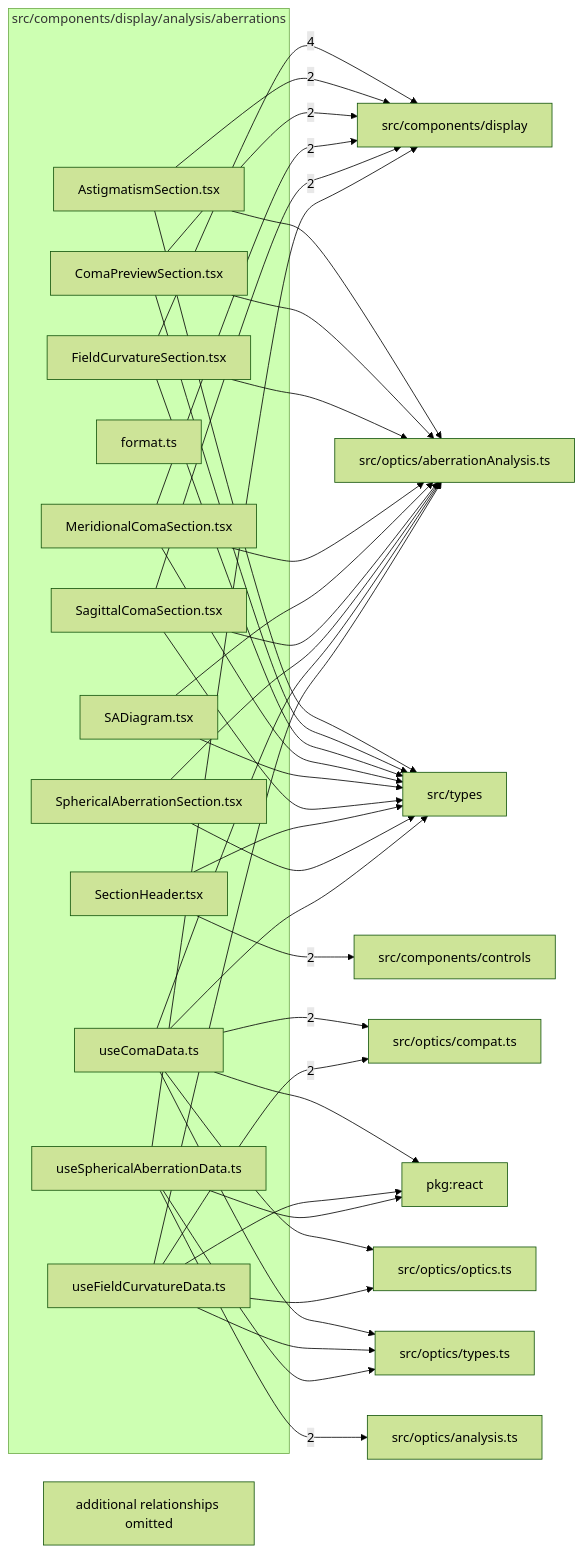
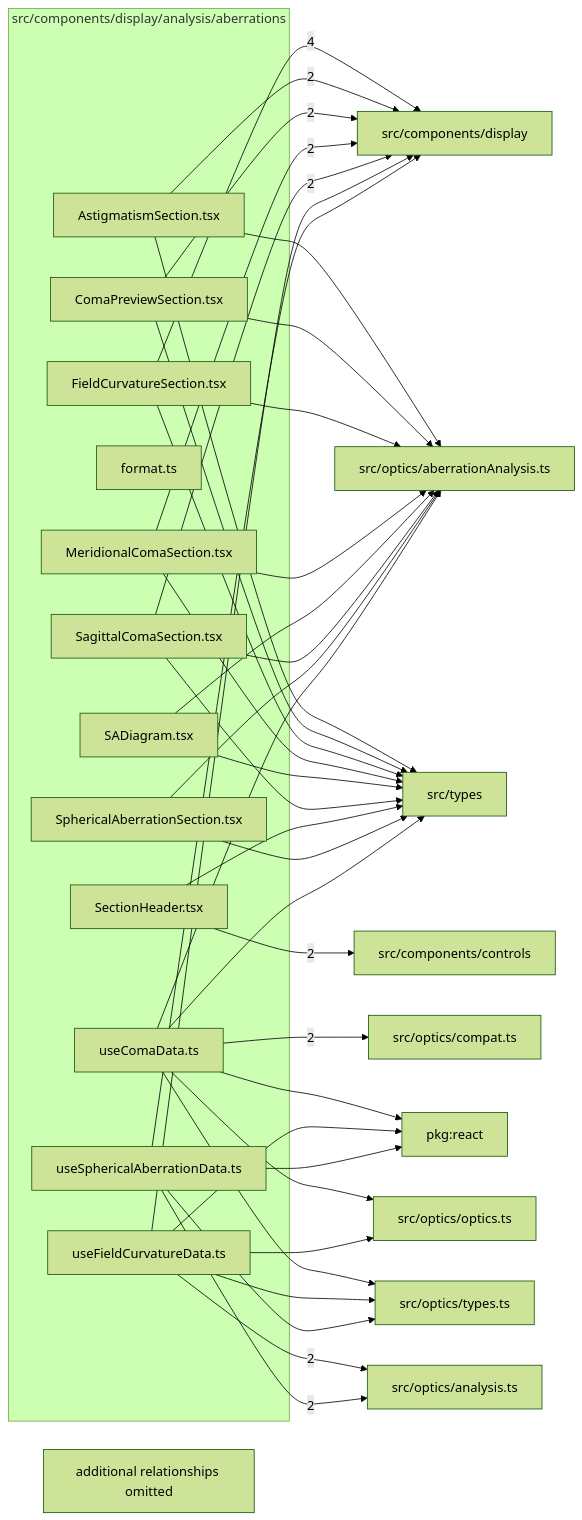
Before and after one commit to ronbuening/LensVisualizer: the diagram in src/components/display/analysis/aberrations/readme.md, drawn with Mermaid (forest theme). The commit also changed other lines of this file and 43 other files, not shown here.

Commit message:
S7.P2.T3 Field curvature and astigmatism, including chromatic field curvature, on AnalysisRequest

````diff
--- a/src/components/display/analysis/aberrations/readme.md
+++ b/src/components/display/analysis/aberrations/readme.md
@@ -9,63 +9,63 @@
 ```mermaid
 flowchart LR
   subgraph n_src_components_display_analysis_aberrations["src/components/display/analysis/aberrations"]
     n_src_components_display_analysis_aberrations_src_components_display_analysis_aberrations_AstigmatismSection_tsx["AstigmatismSection.tsx"]
     n_src_components_display_analysis_aberrations_src_components_display_analysis_aberrations_ComaPreviewSection_tsx["ComaPreviewSection.tsx"]
     n_src_components_display_analysis_aberrations_src_components_display_analysis_aberrations_FieldCurvatureSection_tsx["FieldCurvatureSection.tsx"]
     n_src_components_display_analysis_aberrations_src_components_display_analysis_aberrations_format_ts["format.ts"]
     n_src_components_display_analysis_aberrations_src_components_display_analysis_aberrations_MeridionalComaSection_tsx["MeridionalComaSection.tsx"]
     n_src_components_display_analysis_aberrations_src_components_display_analysis_aberrations_SADiagram_tsx["SADiagram.tsx"]
     n_src_components_display_analysis_aberrations_src_components_display_analysis_aberrations_SagittalComaSection_tsx["SagittalComaSection.tsx"]
     n_src_components_display_analysis_aberrations_src_components_display_analysis_aberrations_SectionHeader_tsx["SectionHeader.tsx"]
     n_src_components_display_analysis_aberrations_src_components_display_analysis_aberrations_SphericalAberrationSection_tsx["SphericalAberrationSection.tsx"]
     n_src_components_display_analysis_aberrations_src_components_display_analysis_aberrations_useComaData_ts["useComaData.ts"]
     n_src_components_display_analysis_aberrations_src_components_display_analysis_aberrations_useFieldCurvatureData_ts["useFieldCurvatureData.ts"]
     n_src_components_display_analysis_aberrations_src_components_display_analysis_aberrations_useSphericalAberrationData_ts["useSphericalAberrationData.ts"]
   end
   n_external_src_components_display["src/components/display"]
   n_external_src_components_controls["src/components/controls"]
   n_external_src_optics_analysis_ts["src/optics/analysis.ts"]
   n_external_src_optics_compat_ts["src/optics/compat.ts"]
   n_external_pkg_react["pkg:react"]
   n_external_src_optics_aberrationAnalysis_ts["src/optics/aberrationAnalysis.ts"]
   n_external_src_optics_optics_ts["src/optics/optics.ts"]
   n_external_src_optics_types_ts["src/optics/types.ts"]
   n_external_src_types["src/types"]
   n_src_components_display_analysis_aberrations_src_components_display_analysis_aberrations_FieldCurvatureSection_tsx --> |4| n_external_src_components_display
   n_src_components_display_analysis_aberrations_src_components_display_analysis_aberrations_SectionHeader_tsx --> |2| n_external_src_components_controls
   n_src_components_display_analysis_aberrations_src_components_display_analysis_aberrations_AstigmatismSection_tsx --> |2| n_external_src_components_display
   n_src_components_display_analysis_aberrations_src_components_display_analysis_aberrations_ComaPreviewSection_tsx --> |2| n_external_src_components_display
   n_src_components_display_analysis_aberrations_src_components_display_analysis_aberrations_MeridionalComaSection_tsx --> |2| n_external_src_components_display
   n_src_components_display_analysis_aberrations_src_components_display_analysis_aberrations_SagittalComaSection_tsx --> |2| n_external_src_components_display
+  n_src_components_display_analysis_aberrations_src_components_display_analysis_aberrations_useFieldCurvatureData_ts --> |2| n_external_src_optics_analysis_ts
   n_src_components_display_analysis_aberrations_src_components_display_analysis_aberrations_useSphericalAberrationData_ts --> |2| n_external_src_optics_analysis_ts
   n_src_components_display_analysis_aberrations_src_components_display_analysis_aberrations_useComaData_ts --> |2| n_external_src_optics_compat_ts
-  n_src_components_display_analysis_aberrations_src_components_display_analysis_aberrations_useFieldCurvatureData_ts --> |2| n_external_src_optics_compat_ts
   n_src_components_display_analysis_aberrations_src_components_display_analysis_aberrations_useComaData_ts --> n_external_pkg_react
   n_src_components_display_analysis_aberrations_src_components_display_analysis_aberrations_useFieldCurvatureData_ts --> n_external_pkg_react
   n_src_components_display_analysis_aberrations_src_components_display_analysis_aberrations_useSphericalAberrationData_ts --> n_external_pkg_react
+  n_src_components_display_analysis_aberrations_src_components_display_analysis_aberrations_useFieldCurvatureData_ts --> n_external_src_components_display
   n_src_components_display_analysis_aberrations_src_components_display_analysis_aberrations_useSphericalAberrationData_ts --> n_external_src_components_display
   n_src_components_display_analysis_aberrations_src_components_display_analysis_aberrations_AstigmatismSection_tsx --> n_external_src_optics_aberrationAnalysis_ts
   n_src_components_display_analysis_aberrations_src_components_display_analysis_aberrations_ComaPreviewSection_tsx --> n_external_src_optics_aberrationAnalysis_ts
   n_src_components_display_analysis_aberrations_src_components_display_analysis_aberrations_FieldCurvatureSection_tsx --> n_external_src_optics_aberrationAnalysis_ts
   n_src_components_display_analysis_aberrations_src_components_display_analysis_aberrations_MeridionalComaSection_tsx --> n_external_src_optics_aberrationAnalysis_ts
   n_src_components_display_analysis_aberrations_src_components_display_analysis_aberrations_SADiagram_tsx --> n_external_src_optics_aberrationAnalysis_ts
   n_src_components_display_analysis_aberrations_src_components_display_analysis_aberrations_SagittalComaSection_tsx --> n_external_src_optics_aberrationAnalysis_ts
   n_src_components_display_analysis_aberrations_src_components_display_analysis_aberrations_SphericalAberrationSection_tsx --> n_external_src_optics_aberrationAnalysis_ts
   n_src_components_display_analysis_aberrations_src_components_display_analysis_aberrations_useComaData_ts --> n_external_src_optics_aberrationAnalysis_ts
-  n_src_components_display_analysis_aberrations_src_components_display_analysis_aberrations_useFieldCurvatureData_ts --> n_external_src_optics_aberrationAnalysis_ts
   n_src_components_display_analysis_aberrations_src_components_display_analysis_aberrations_useComaData_ts --> n_external_src_optics_optics_ts
   n_src_components_display_analysis_aberrations_src_components_display_analysis_aberrations_useFieldCurvatureData_ts --> n_external_src_optics_optics_ts
   n_src_components_display_analysis_aberrations_src_components_display_analysis_aberrations_useComaData_ts --> n_external_src_optics_types_ts
   n_src_components_display_analysis_aberrations_src_components_display_analysis_aberrations_useFieldCurvatureData_ts --> n_external_src_optics_types_ts
   n_src_components_display_analysis_aberrations_src_components_display_analysis_aberrations_useSphericalAberrationData_ts --> n_external_src_optics_types_ts
   n_src_components_display_analysis_aberrations_src_components_display_analysis_aberrations_AstigmatismSection_tsx --> n_external_src_types
   n_src_components_display_analysis_aberrations_src_components_display_analysis_aberrations_ComaPreviewSection_tsx --> n_external_src_types
   n_src_components_display_analysis_aberrations_src_components_display_analysis_aberrations_FieldCurvatureSection_tsx --> n_external_src_types
   n_src_components_display_analysis_aberrations_src_components_display_analysis_aberrations_MeridionalComaSection_tsx --> n_external_src_types
   n_src_components_display_analysis_aberrations_src_components_display_analysis_aberrations_SADiagram_tsx --> n_external_src_types
   n_src_components_display_analysis_aberrations_src_components_display_analysis_aberrations_SagittalComaSection_tsx --> n_external_src_types
   n_src_components_display_analysis_aberrations_src_components_display_analysis_aberrations_SectionHeader_tsx --> n_external_src_types
   n_src_components_display_analysis_aberrations_src_components_display_analysis_aberrations_SphericalAberrationSection_tsx --> n_external_src_types
   n_src_components_display_analysis_aberrations_src_components_display_analysis_aberrations_useComaData_ts --> n_external_src_types
   n_src_components_display_analysis_aberrations_truncated["additional relationships omitted"]
 ```
````
